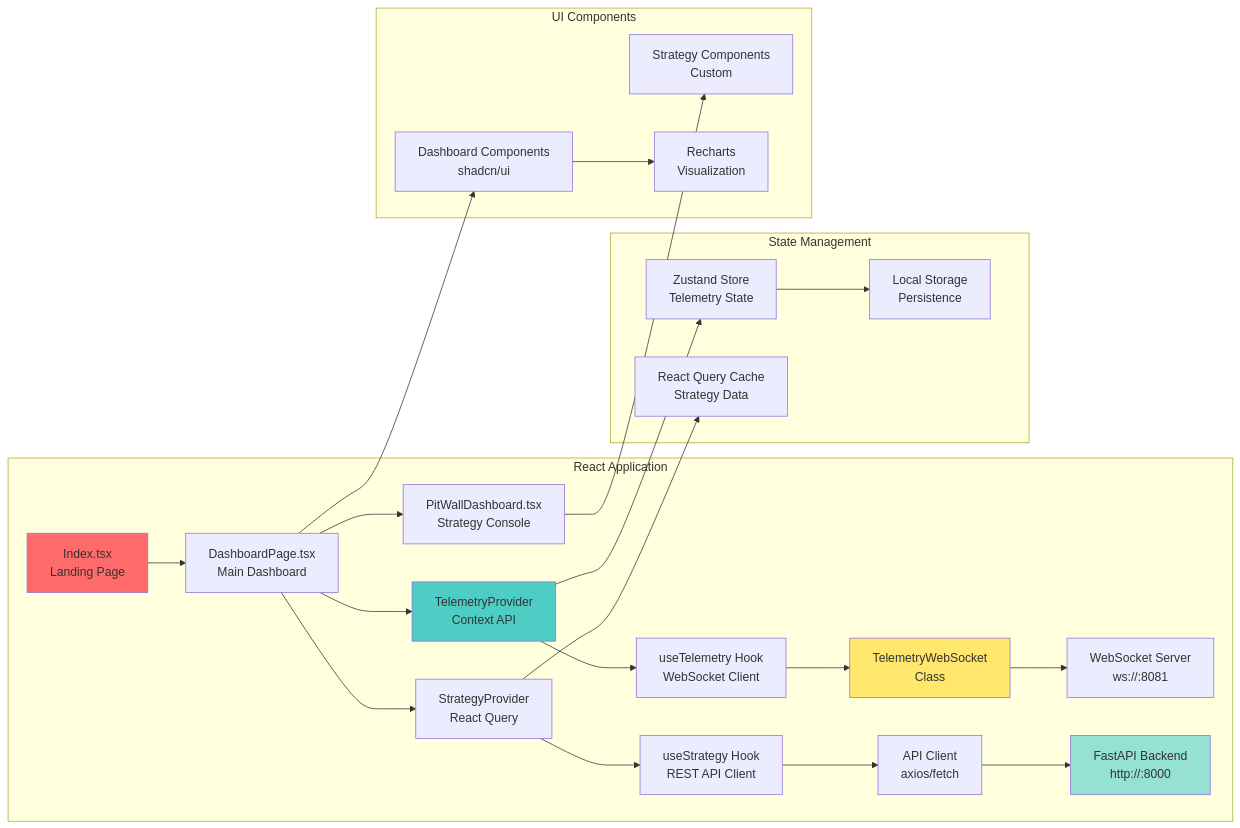
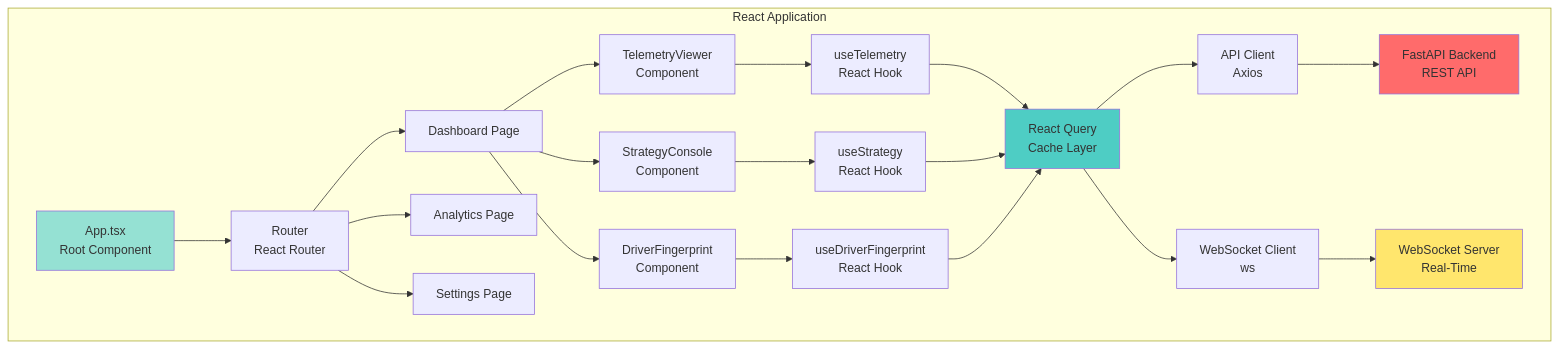
Before and after one commit to lucylow/blank-slate-canvas: the ninth of 27 diagrams in README.md, drawn with Mermaid. The commit also changed other lines of this file and 2 other files, not shown here.

````diff
--- a/README.md
+++ b/README.md
@@ -414,36 +506,32 @@
 ```mermaid
-graph LR
+graph TB
     subgraph "React Application"
-        A[Index.tsx<br/>Landing Page] --> B[DashboardPage.tsx<br/>Main Dashboard]
-        B --> C[PitWallDashboard.tsx<br/>Strategy Console]
+        A[App.tsx<br/>Root Component] --> B[Router<br/>React Router]
+        B --> C[Dashboard Page]
+        B --> D[Analytics Page]
+        B --> E[Settings Page]
         
-        B --> D[TelemetryProvider<br/>Context API]
-        B --> E[StrategyProvider<br/>React Query]
+        C --> F[TelemetryViewer<br/>Component]
+        C --> G[StrategyConsole<br/>Component]
+        C --> H[DriverFingerprint<br/>Component]
         
-        D --> F[useTelemetry Hook<br/>WebSocket Client]
-        E --> G[useStrategy Hook<br/>REST API Client]
+        F --> I[useTelemetry<br/>React Hook]
+        G --> J[useStrategy<br/>React Hook]
+        H --> K[useDriverFingerprint<br/>React Hook]
         
-        F --> H[TelemetryWebSocket<br/>Class]
-        G --> I[API Client<br/>axios/fetch]
+        I --> L[React Query<br/>Cache Layer]
+        J --> L
+        K --> L
         
-        H --> J[WebSocket Server<br/>ws://:8081]
-        I --> K[FastAPI Backend<br/>http://:8000]
+        L --> M[API Client<br/>Axios]
+        L --> N[WebSocket Client<br/>ws]
+        
+        M --> O[FastAPI Backend<br/>REST API]
+        N --> P[WebSocket Server<br/>Real-Time]
     end
     
-    subgraph "State Management"
-        D --> L[Zustand Store<br/>Telemetry State]
-        E --> M[React Query Cache<br/>Strategy Data]
-        L --> N[Local Storage<br/>Persistence]
-    end
-    
-    subgraph "UI Components"
-        B --> O[Dashboard Components<br/>shadcn/ui]
-        C --> P[Strategy Components<br/>Custom]
-        O --> Q[Recharts<br/>Visualization]
-    end
-    
-    style A fill:#ff6b6b
-    style D fill:#4ecdc4
-    style H fill:#ffe66d
-    style K fill:#95e1d3
+    style A fill:#95e1d3
+    style L fill:#4ecdc4
+    style O fill:#ff6b6b
+    style P fill:#ffe66d
 ```
````
